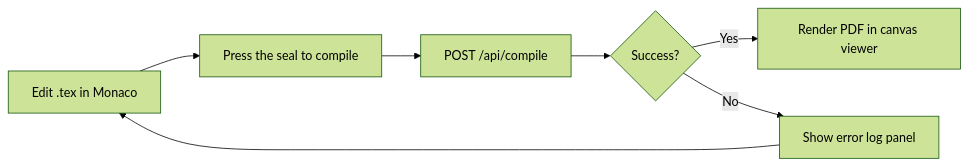
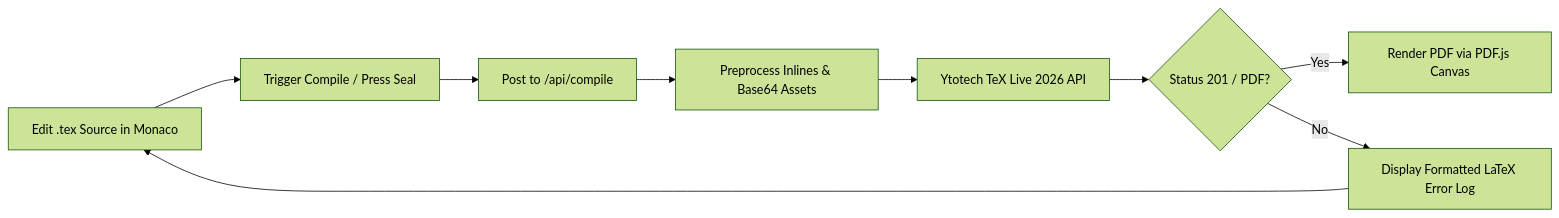
Before and after one commit to Siddhantshukla1657/Texly: the second of 3 diagrams in docs/design.md, drawn with Mermaid (forest theme). The commit also changed other lines of this file and 16 other files, not shown here.

````diff
--- a/docs/design.md
+++ b/docs/design.md
@@ -43,9 +46,11 @@
 ```mermaid
 flowchart LR
-    A[Edit .tex in Monaco] --> B[Press the seal to compile]
-    B --> C[POST /api/compile]
-    C --> D{Success?}
-    D -->|Yes| E[Render PDF in canvas viewer]
-    D -->|No| F[Show error log panel]
-    F --> A
+    A[Edit .tex Source in Monaco] --> B[Trigger Compile / Press Seal]
+    B --> C[Post to /api/compile]
+    C --> D[Preprocess Inlines & Base64 Assets]
+    D --> E[Ytotech TeX Live 2026 API]
+    E --> F{Status 201 / PDF?}
+    F -->|Yes| G[Render PDF via PDF.js Canvas]
+    F -->|No| H[Display Formatted LaTeX Error Log]
+    H --> A
 ```
````
